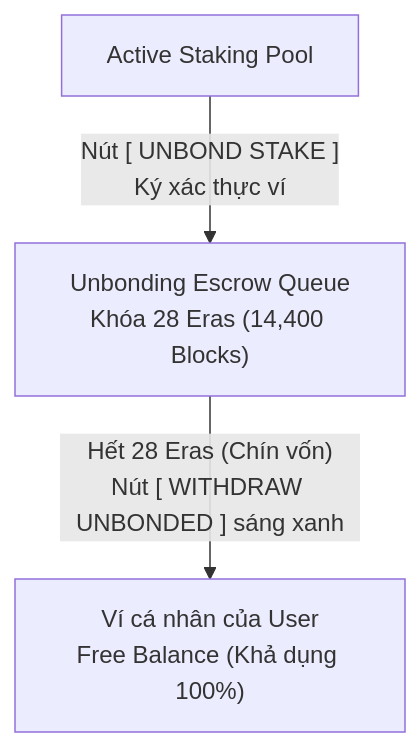
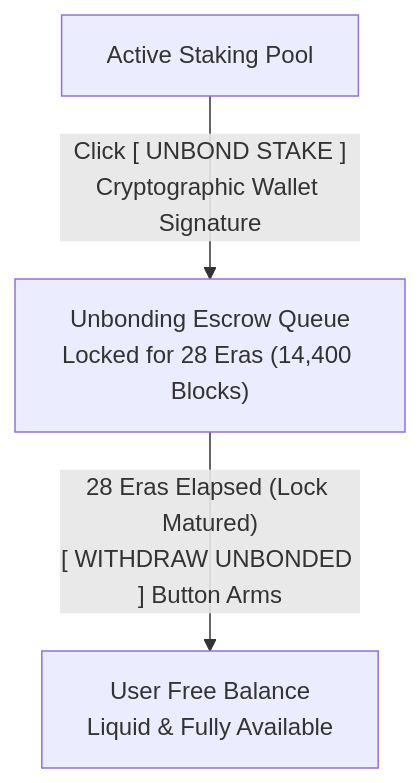
One commit to DanhCaTuanNgoc/DotNexus changed the diagram in docs/INCIDENT_REPORT_NPOS_STAKING_DISPATCH.md. Above: the diagram before and after it, drawn with Mermaid. The commit also changed other lines of this file and 5 other files, not shown here.

````diff
--- a/docs/INCIDENT_REPORT_NPOS_STAKING_DISPATCH.md
+++ b/docs/INCIDENT_REPORT_NPOS_STAKING_DISPATCH.md
@@ -115,5 +114,5 @@
 ```mermaid
 flowchart TD
-    A["Active Staking Pool"] -->|"Nút [ UNBOND STAKE ]<br/>Ký xác thực ví"| B["Unbonding Escrow Queue<br/>Khóa 28 Eras (14,400 Blocks)"]
-    B -->|"Hết 28 Eras (Chín vốn)<br/>Nút [ WITHDRAW UNBONDED ] sáng xanh"| C["Ví cá nhân của User<br/>Free Balance (Khả dụng 100%)"]
+    A["Active Staking Pool"] -->|"Click [ UNBOND STAKE ]<br/>Cryptographic Wallet Signature"| B["Unbonding Escrow Queue<br/>Locked for 28 Eras (14,400 Blocks)"]
+    B -->|"28 Eras Elapsed (Lock Matured)<br/>[ WITHDRAW UNBONDED ] Button Arms"| C["User Free Balance<br/>Liquid & Fully Available"]
 ```
````
